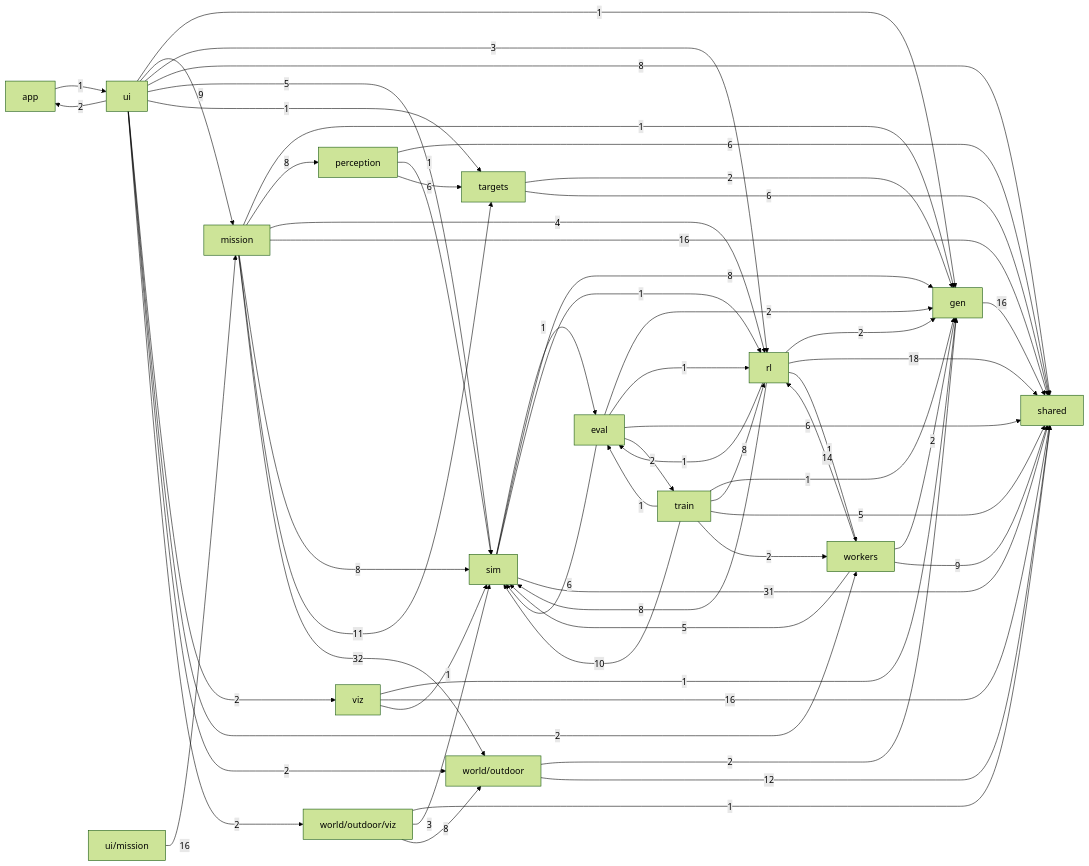
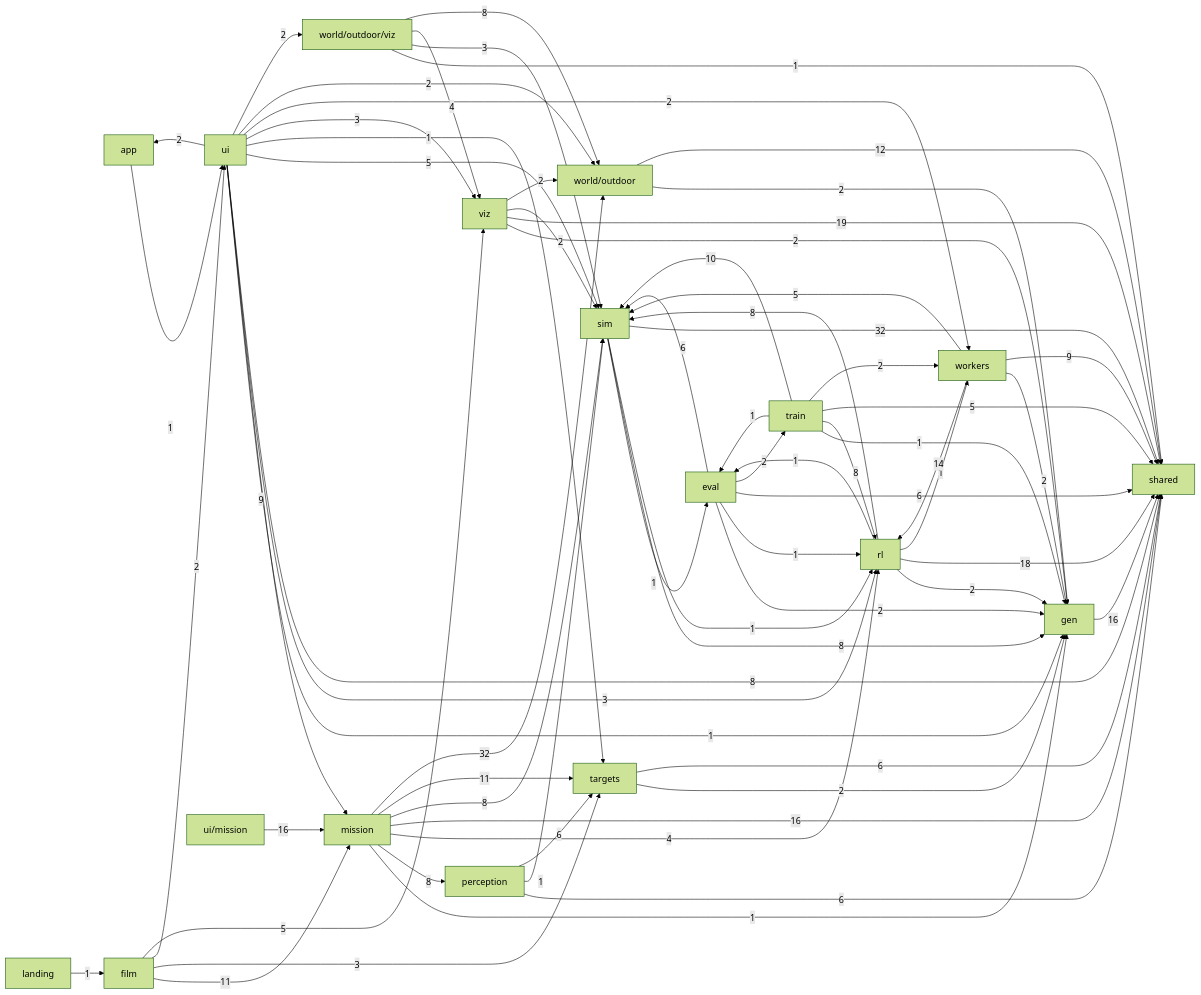
The second of 2 diagrams in docs/ARCHITECTURE.md (alexnieves-cs/frontier-fly), drawn with Mermaid (forest theme) before and after one commit. The commit also changed other lines of this file and 56 other files, not shown here.

First line of the commit message:
Live 3D mission film homepage, finished outdoor world, stage-3 policy that meets 60%, mission benchmarks (#8)

```diff
--- a/docs/ARCHITECTURE.md
+++ b/docs/ARCHITECTURE.md
@@ -76,7 +76,9 @@
 flowchart LR
   app["app"]
   eval["eval"]
+  film["film"]
   gen["gen"]
+  landing["landing"]
   mission["mission"]
   perception["perception"]
   rl["rl"]
@@ -96,7 +98,12 @@
   eval -->|6| shared
   eval -->|6| sim
   eval -->|2| train
+  film -->|11| mission
+  film -->|3| targets
+  film -->|2| ui
+  film -->|5| viz
   gen -->|16| shared
+  landing -->|1| film
   mission -->|1| gen
   mission -->|8| perception
   mission -->|4| rl
@@ -115,7 +122,7 @@
   sim -->|1| eval
   sim -->|8| gen
   sim -->|1| rl
-  sim -->|31| shared
+  sim -->|32| shared
   targets -->|2| gen
   targets -->|6| shared
   train -->|1| eval
@@ -132,19 +139,21 @@
   ui -->|8| shared
   ui -->|5| sim
   ui -->|1| targets
-  ui -->|2| viz
+  ui -->|3| viz
   ui -->|2| workers
   ui -->|2| world_outdoor
   ui -->|2| world_outdoor_viz
-  viz -->|1| gen
-  viz -->|16| shared
-  viz -->|1| sim
+  viz -->|2| gen
+  viz -->|19| shared
+  viz -->|2| sim
+  viz -->|2| world_outdoor
   workers -->|2| gen
   workers -->|14| rl
   workers -->|9| shared
   workers -->|5| sim
   world_outdoor_viz -->|1| shared
   world_outdoor_viz -->|3| sim
+  world_outdoor_viz -->|4| viz
   world_outdoor_viz -->|8| world_outdoor
   world_outdoor -->|2| gen
   world_outdoor -->|12| shared
```
